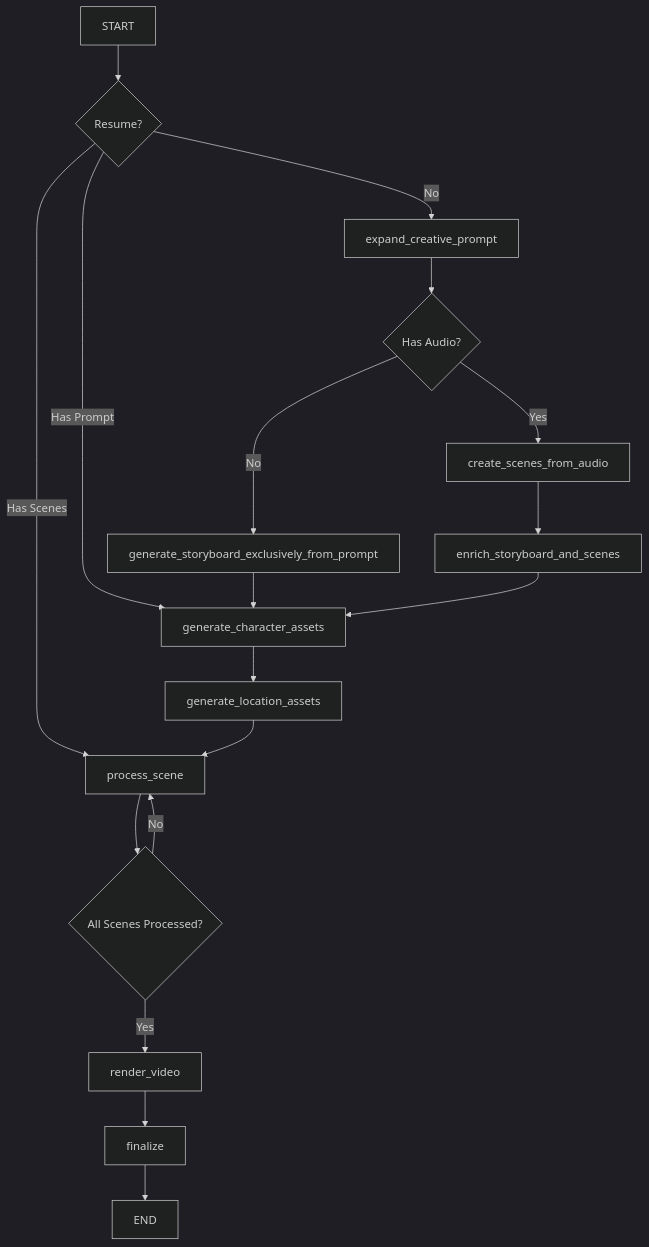
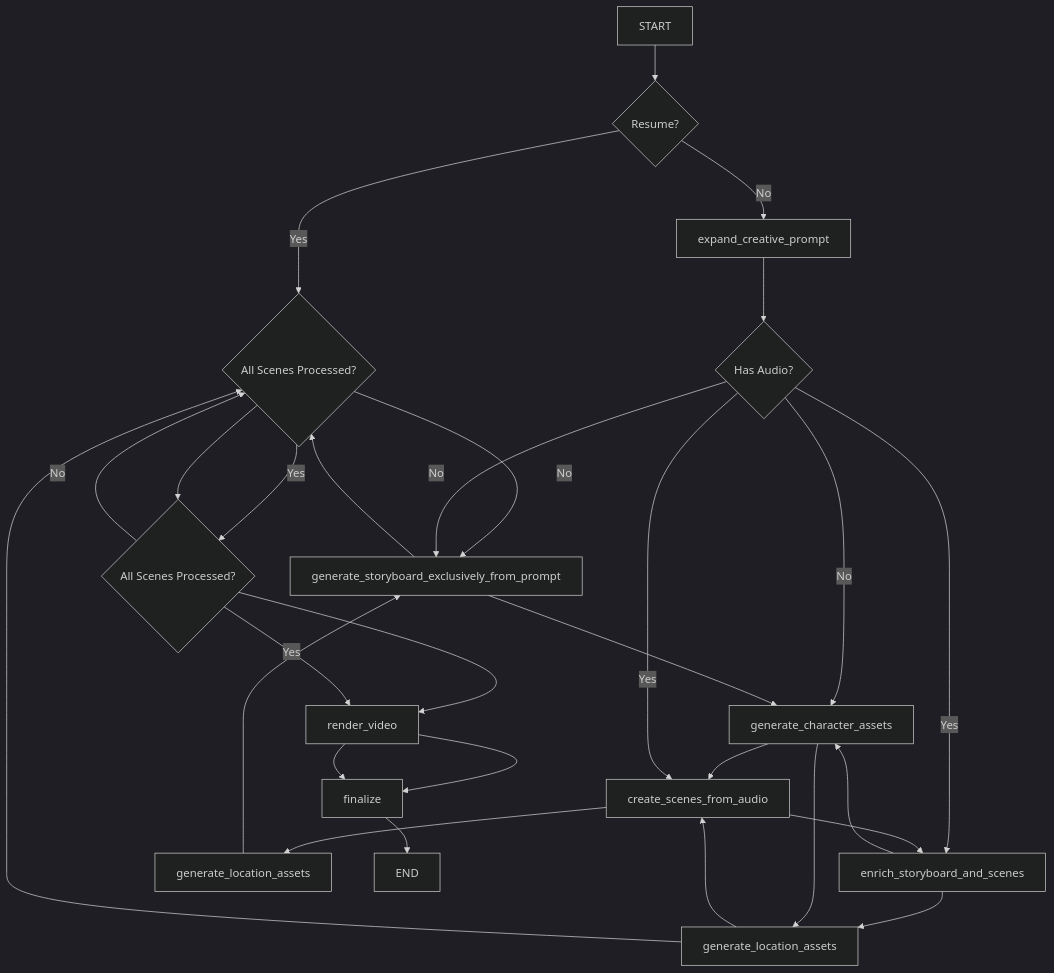
One commit to DigitalCreationsCo/generative-cinematic-framework changed the diagram in README.md. Above: the diagram before and after it, drawn with Mermaid (dark theme). The commit also changed other lines of this file, not shown here.

````diff
--- a/README.md
+++ b/README.md
@@ -29,20 +33,31 @@
 ```mermaid
 graph TD
     A[START] --> B{Resume?};
-    B -- Has Scenes --> G[process_scene];
-    B -- Has Prompt --> E[generate_character_assets];
+    B -- Yes --> K[process_scene];
     B -- No --> C[expand_creative_prompt];
     C --> D{Has Audio?};
     D -- No --> H[generate_storyboard_exclusively_from_prompt];
     D -- Yes --> F[create_scenes_from_audio];
     F --> I[enrich_storyboard_and_scenes];
     H --> E;
     I --> E;
     E --> J[generate_location_assets];
     J --> G;
     G --> K{All Scenes Processed?};
     K -- No --> G;
     K -- Yes --> L[render_video];
     L --> M[finalize];
     M --> N[END];
+    D -- Yes --> E[create_scenes_from_audio];
+    E --> F[enrich_storyboard_and_scenes];
+    D -- No --> G[generate_storyboard_exclusively_from_prompt];
+    F --> H[generate_character_assets];
+    G --> H;
+    H --> I[generate_location_assets];
+    I --> K;
+    K --> L{All Scenes Processed?};
+    L -- No --> K;
+    L -- Yes --> M[render_video];
+    M --> N[finalize];
+    N --> O[END];
 ```
````
